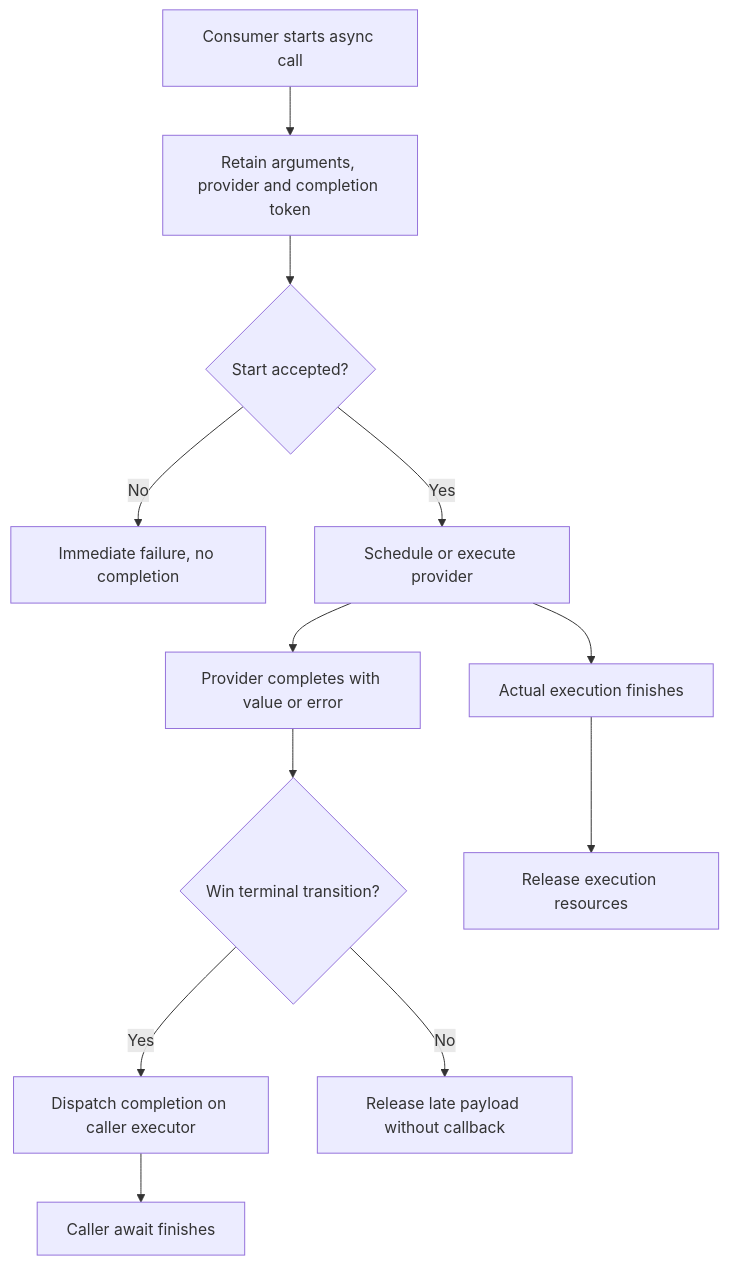
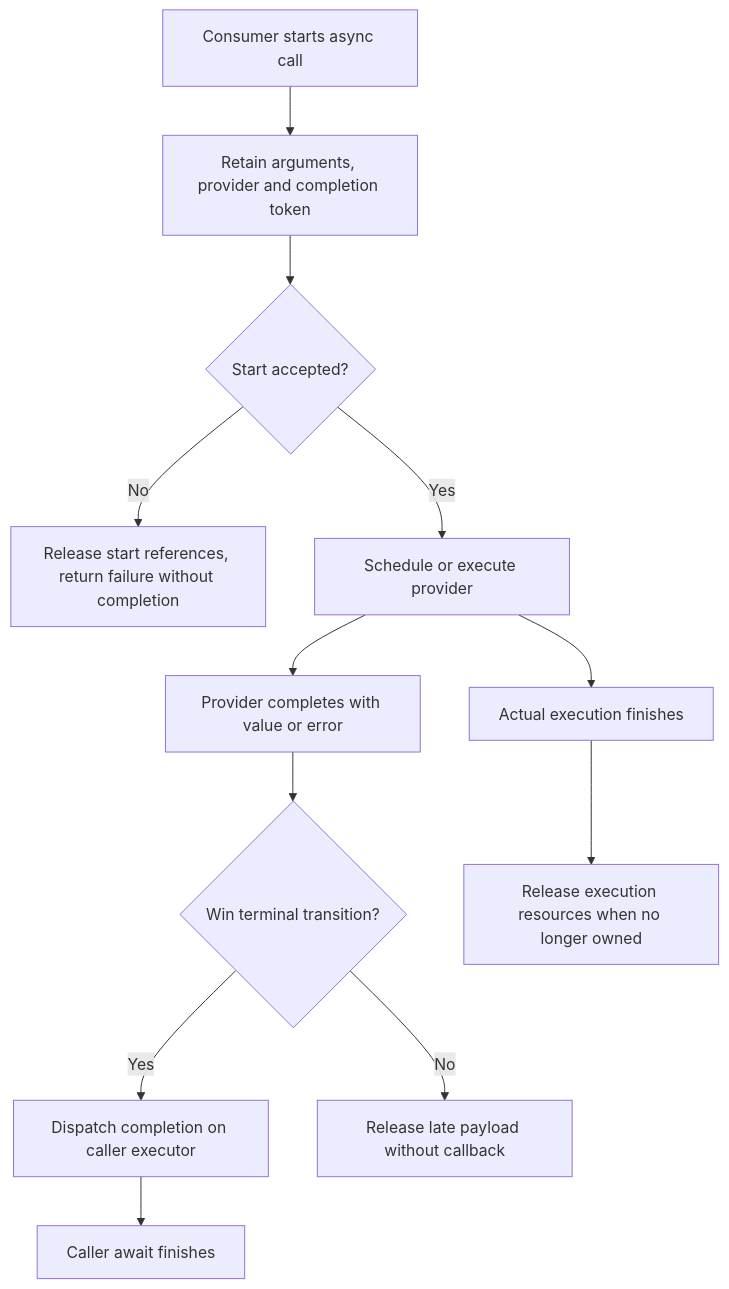
One commit to polyglue/polyglue changed diagram 20 of 35 in PROJECT.md. Above: the diagram before and after it, drawn with Mermaid. The commit also changed other lines of this file and 2 other files, not shown here.

Commit message:
docs: refine beginner guide and diagram details

````diff
--- a/PROJECT.md
+++ b/PROJECT.md
@@ -2553,14 +2574,14 @@
 ```mermaid
 flowchart TD
     A["Consumer starts async call"] --> B["Retain arguments, provider and completion token"]
     B --> C{"Start accepted?"}
-    C -->|No| X["Immediate failure, no completion"]
+    C -->|No| X["Release start references, return failure without completion"]
     C -->|Yes| D["Schedule or execute provider"]
     D --> E["Provider completes with value or error"]
     E --> F{"Win terminal transition?"}
     F -->|Yes| G["Dispatch completion on caller executor"]
     F -->|No| H["Release late payload without callback"]
     G --> I["Caller await finishes"]
     D --> J["Actual execution finishes"]
-    J --> K["Release execution resources"]
+    J --> K["Release execution resources when no longer owned"]
 ```
````
